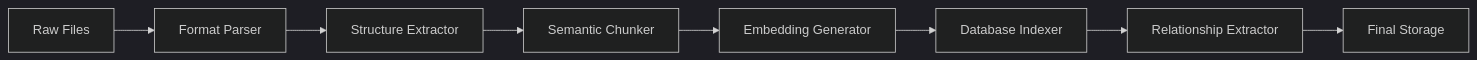
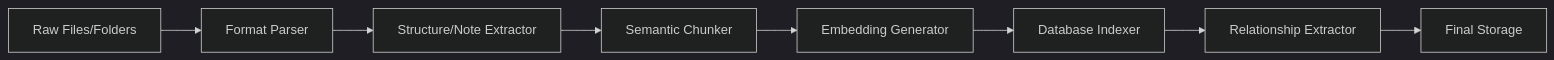
Before and after one commit to loganrooks/mcp-vector-database: the second of 2 diagrams in docs/project-specifications.md, drawn with Mermaid (dark theme). The commit also changed other lines of this file, not shown here.

````diff
--- a/docs/project-specifications.md
+++ b/docs/project-specifications.md
@@ -147,10 +147,10 @@
 ```mermaid
 flowchart LR
-    Raw[Raw Files] --> Parser[Format Parser]
-    Parser --> Structure[Structure Extractor]
+    Raw[Raw Files/Folders] --> Parser[Format Parser]
+    Parser --> Structure[Structure/Note Extractor]
     Structure --> Chunker[Semantic Chunker]
     Chunker --> Embedder[Embedding Generator]
     Embedder --> Indexer[Database Indexer]
     Indexer --> RelExt[Relationship Extractor]
     RelExt --> Final[Final Storage]
 ```
````
